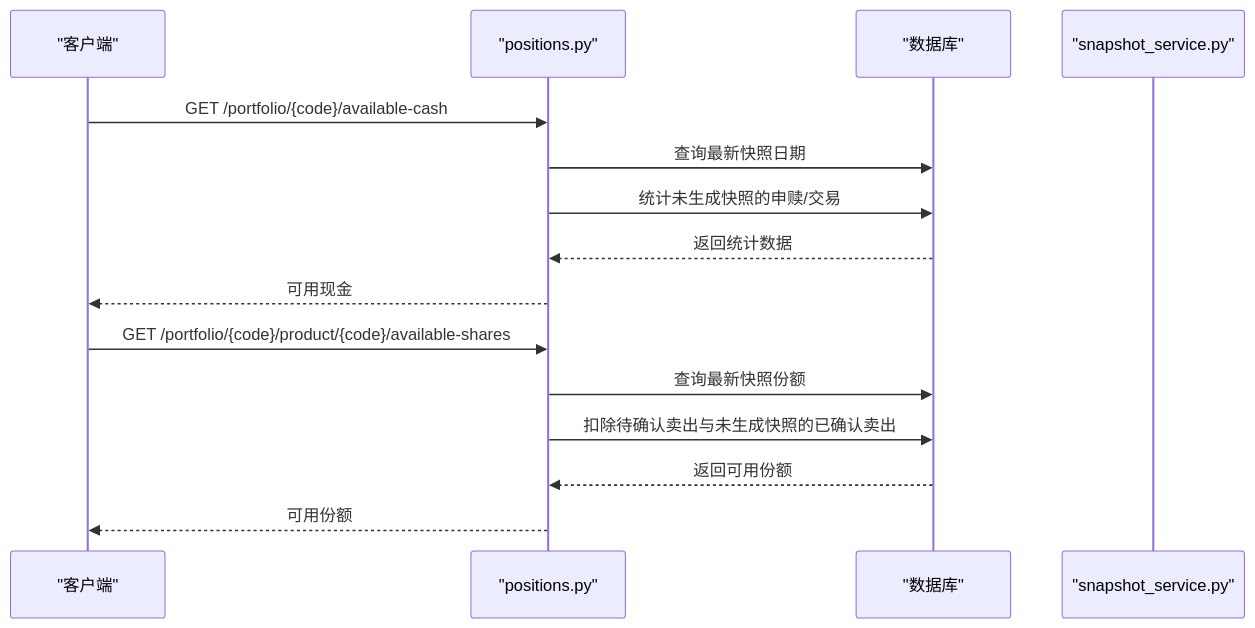
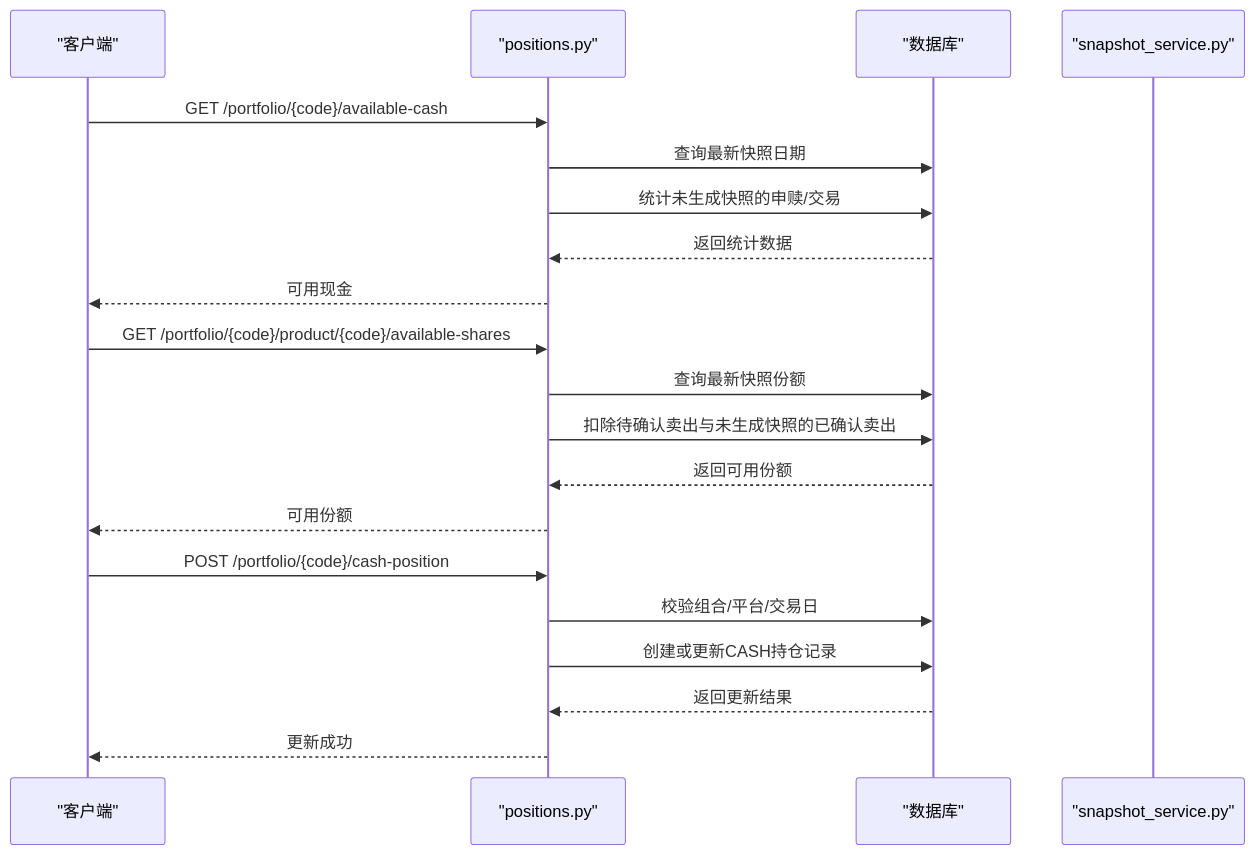
One commit to gujialind/InvestRing changed the fourth of 8 diagrams in .qoder/repowiki/zh/content/核心业务功能/持仓管理.md. Above: the diagram before and after it, drawn with Mermaid. The commit also changed other lines of this file and 16 other files, not shown here.

````diff
--- a/.qoder/repowiki/zh/content/核心业务功能/持仓管理.md
+++ b/.qoder/repowiki/zh/content/核心业务功能/持仓管理.md
@@ -260,17 +272,22 @@
 ```mermaid
 sequenceDiagram
 participant Client as "客户端"
 participant Router as "positions.py"
 participant DB as "数据库"
 participant Snap as "snapshot_service.py"
 Client->>Router : GET /portfolio/{code}/available-cash
 Router->>DB : 查询最新快照日期
 Router->>DB : 统计未生成快照的申赎/交易
 DB-->>Router : 返回统计数据
 Router-->>Client : 可用现金
 Client->>Router : GET /portfolio/{code}/product/{code}/available-shares
 Router->>DB : 查询最新快照份额
 Router->>DB : 扣除待确认卖出与未生成快照的已确认卖出
 DB-->>Router : 返回可用份额
 Router-->>Client : 可用份额
+Client->>Router : POST /portfolio/{code}/cash-position
+Router->>DB : 校验组合/平台/交易日
+Router->>DB : 创建或更新CASH持仓记录
+DB-->>Router : 返回更新结果
+Router-->>Client : 更新成功
 ```
````
